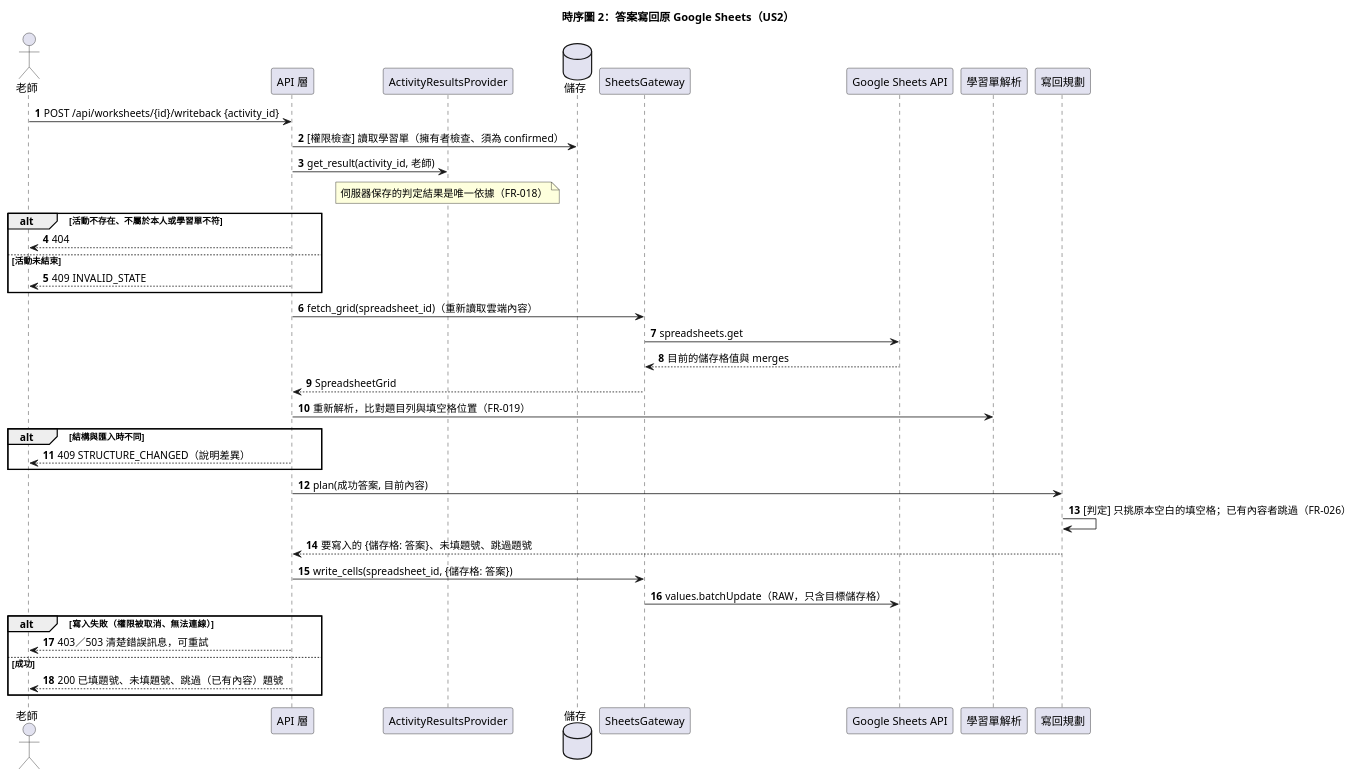
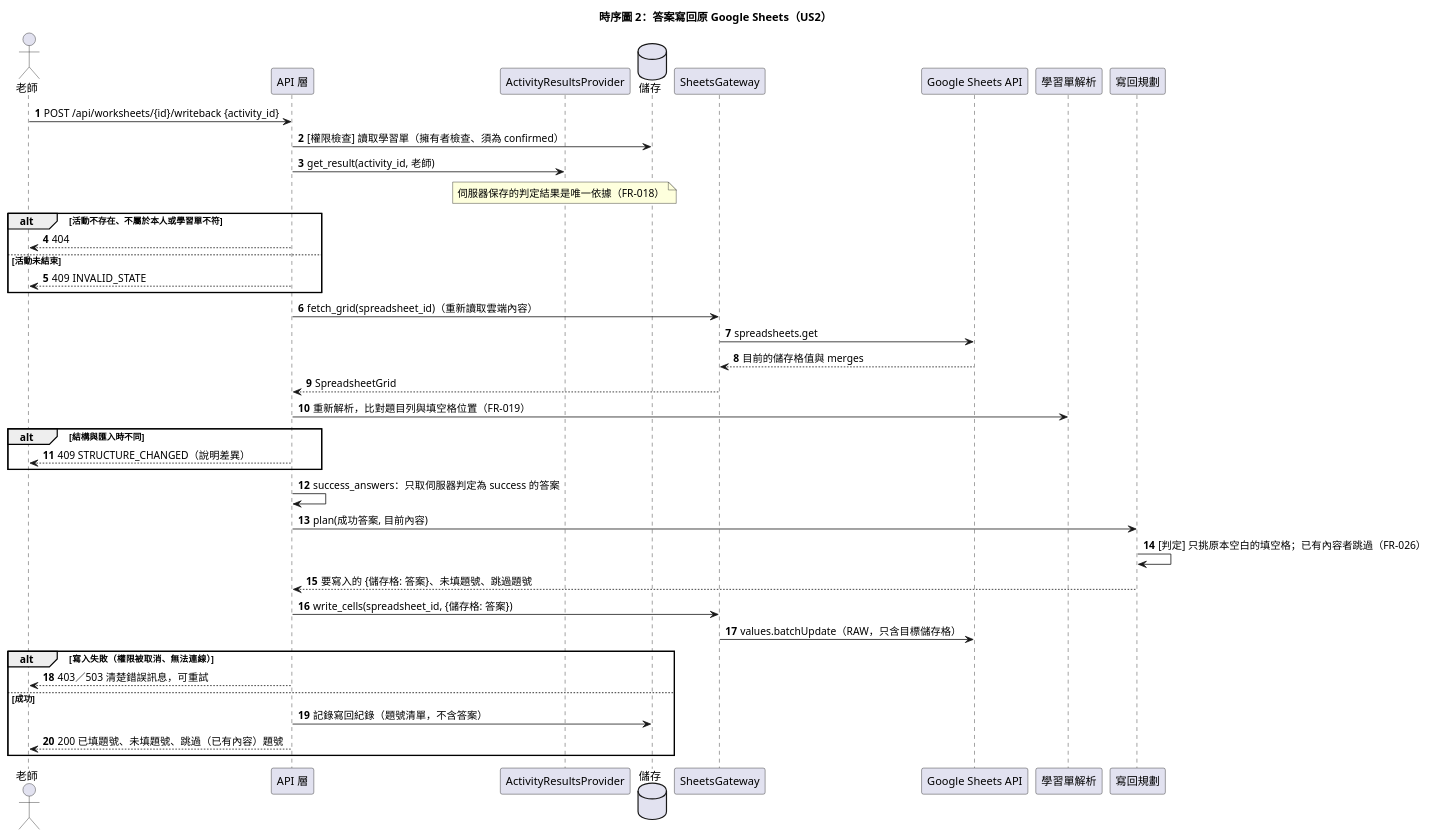
The diagram in diagrams/001-guided-notes-import/02-sequence-writeback.puml (silverwind63/SEFinal), drawn with PlantUML before and after one commit. The commit also changed 73 other files, not shown here.

```diff
--- a/diagrams/001-guided-notes-import/02-sequence-writeback.puml
+++ b/diagrams/001-guided-notes-import/02-sequence-writeback.puml
@@ -1,39 +1,41 @@
 @startuml
 title 時序圖 2：答案寫回原 Google Sheets（US2）
 autonumber
 actor "老師" as T
 participant "API 層" as API
 participant "ActivityResultsProvider" as R
 database "儲存" as S
 participant "SheetsGateway" as GW
 participant "Google Sheets API" as GAPI
 participant "學習單解析" as P
 participant "寫回規劃" as W
 T -> API : POST /api/worksheets/{id}/writeback {activity_id}
 API -> S : [權限檢查] 讀取學習單（擁有者檢查、須為 confirmed）
 API -> R : get_result(activity_id, 老師)
 note over R : 伺服器保存的判定結果是唯一依據（FR-018）
 alt 活動不存在、不屬於本人或學習單不符
   API --> T : 404
 else 活動未結束
   API --> T : 409 INVALID_STATE
 end
 API -> GW : fetch_grid(spreadsheet_id)（重新讀取雲端內容）
 GW -> GAPI : spreadsheets.get
 GAPI --> GW : 目前的儲存格值與 merges
 GW --> API : SpreadsheetGrid
 API -> P : 重新解析，比對題目列與填空格位置（FR-019）
 alt 結構與匯入時不同
   API --> T : 409 STRUCTURE_CHANGED（說明差異）
 end
+API -> API : success_answers：只取伺服器判定為 success 的答案
 API -> W : plan(成功答案, 目前內容)
 W -> W : [判定] 只挑原本空白的填空格；已有內容者跳過（FR-026）
 W --> API : 要寫入的 {儲存格: 答案}、未填題號、跳過題號
 API -> GW : write_cells(spreadsheet_id, {儲存格: 答案})
 GW -> GAPI : values.batchUpdate（RAW，只含目標儲存格）
 alt 寫入失敗（權限被取消、無法連線）
   API --> T : 403／503 清楚錯誤訊息，可重試
 else 成功
+  API -> S : 記錄寫回紀錄（題號清單，不含答案）
   API --> T : 200 已填題號、未填題號、跳過（已有內容）題號
 end
 @enduml
```
